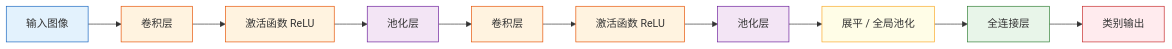
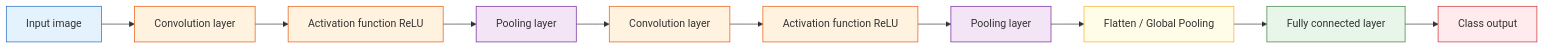
Before and after one commit to oudbiao/AI-fullstack-course: the diagram in docs/ch06-deep-learning/ch03-cnn/02-cnn-structure.md, drawn with Mermaid. The commit also changed other lines of this file and 1406 other files, not shown here.

````diff
--- a/docs/ch06-deep-learning/ch03-cnn/02-cnn-structure.md
+++ b/docs/ch06-deep-learning/ch03-cnn/02-cnn-structure.md
@@ -37,23 +37,23 @@
 ```mermaid
 flowchart LR
-    A["输入图像"] --> B["卷积层"]
-    B --> C["激活函数 ReLU"]
-    C --> D["池化层"]
-    D --> E["卷积层"]
-    E --> F["激活函数 ReLU"]
-    F --> G["池化层"]
-    G --> H["展平 / 全局池化"]
-    H --> I["全连接层"]
-    I --> J["类别输出"]
+    A["Input image"] --> B["Convolution layer"]
+    B --> C["Activation function ReLU"]
+    C --> D["Pooling layer"]
+    D --> E["Convolution layer"]
+    E --> F["Activation function ReLU"]
+    F --> G["Pooling layer"]
+    G --> H["Flatten / Global Pooling"]
+    H --> I["Fully connected layer"]
+    I --> J["Class output"]
 
     style A fill:#e3f2fd,stroke:#1565c0,color:#333
     style B fill:#fff3e0,stroke:#e65100,color:#333
     style C fill:#fff3e0,stroke:#e65100,color:#333
     style D fill:#f3e5f5,stroke:#6a1b9a,color:#333
     style E fill:#fff3e0,stroke:#e65100,color:#333
     style F fill:#fff3e0,stroke:#e65100,color:#333
     style G fill:#f3e5f5,stroke:#6a1b9a,color:#333
     style H fill:#fffde7,stroke:#f9a825,color:#333
     style I fill:#e8f5e9,stroke:#2e7d32,color:#333
     style J fill:#ffebee,stroke:#c62828,color:#333
 ```
````
